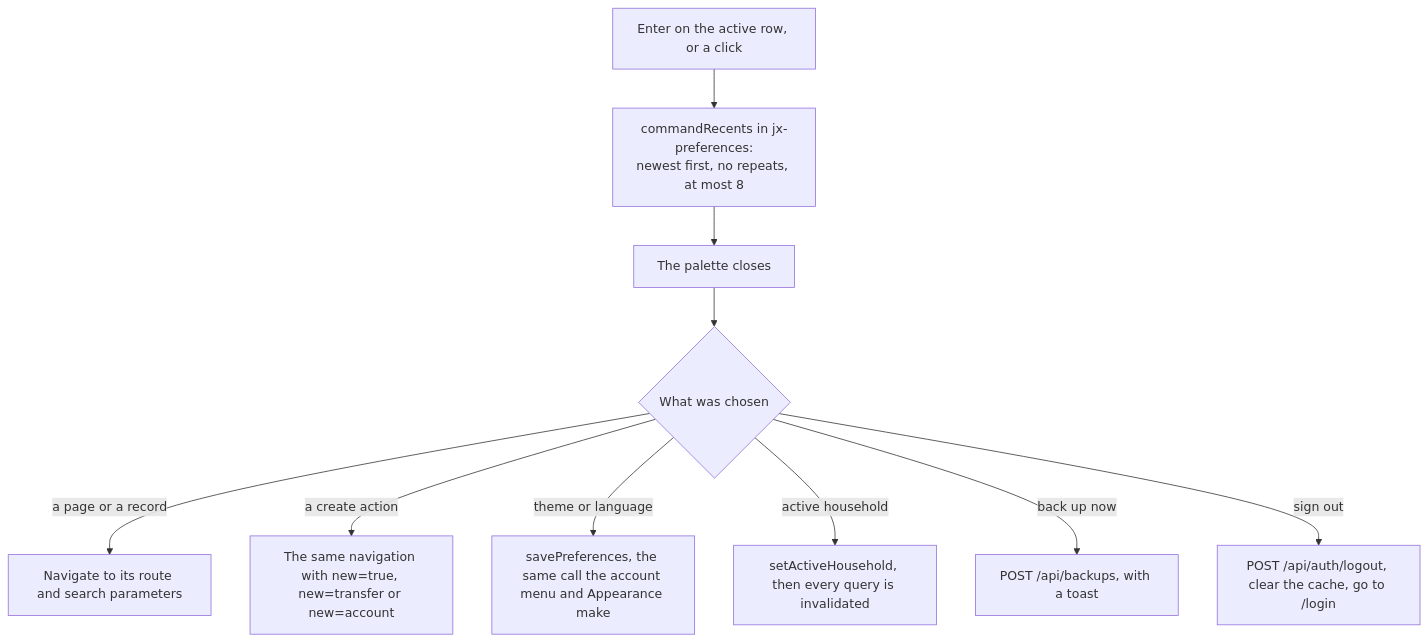
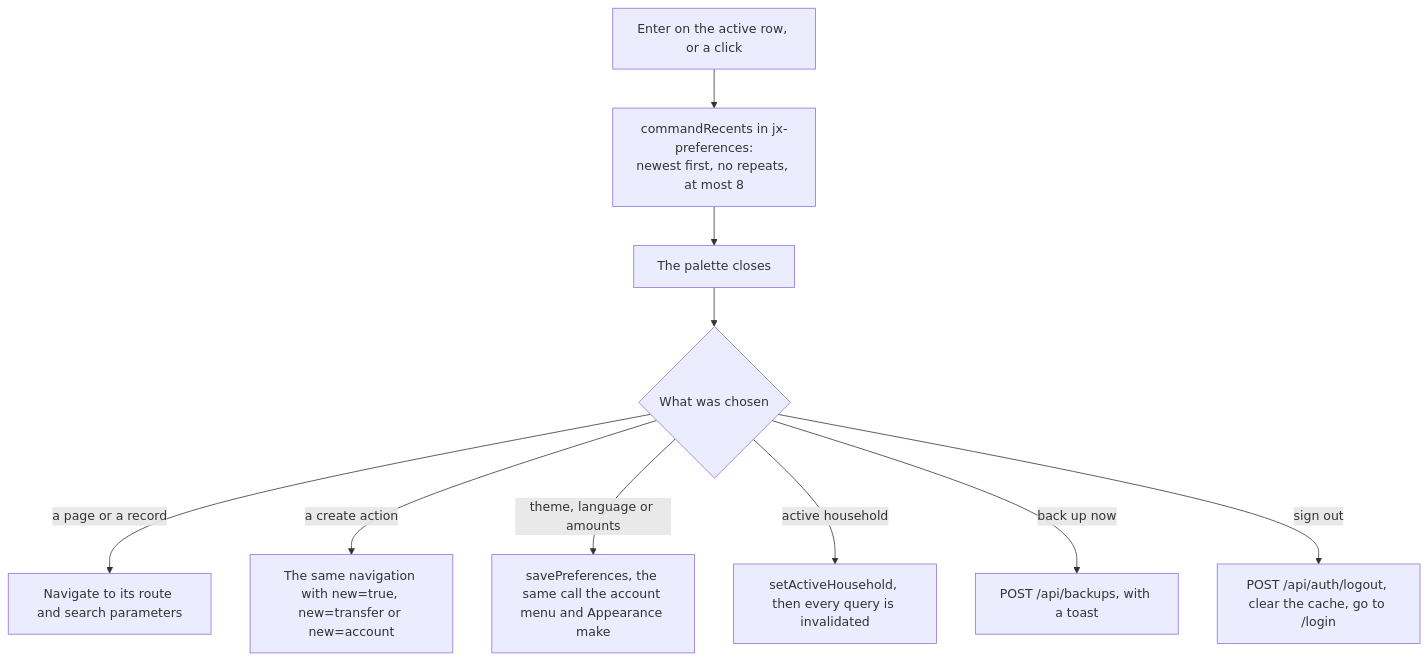
Before and after one commit to Justxs/Jx-Finance: the sixth of 6 diagrams in docs/features/interface.md, drawn with Mermaid. The commit also changed other lines of this file and 36 other files, not shown here.

````diff
--- a/docs/features/interface.md
+++ b/docs/features/interface.md
@@ -117,12 +147,12 @@
 ```mermaid
 flowchart TD
     Choose["Enter on the active row, or a click"] --> Remember["commandRecents in jx-preferences:<br/>newest first, no repeats, at most 8"]
     Remember --> Close["The palette closes"]
     Close --> Kind{"What was chosen"}
     Kind -->|"a page or a record"| Nav["Navigate to its route and search parameters"]
     Kind -->|"a create action"| Url["The same navigation with new=true, new=transfer or new=account"]
-    Kind -->|"theme or language"| Pref["savePreferences, the same call the account menu and Appearance make"]
+    Kind -->|"theme, language or amounts"| Pref["savePreferences, the same call the account menu and Appearance make"]
     Kind -->|"active household"| Scope["setActiveHousehold, then every query is invalidated"]
     Kind -->|"back up now"| Backup["POST /api/backups, with a toast"]
     Kind -->|"sign out"| Out["POST /api/auth/logout, clear the cache, go to /login"]
 ```
````
